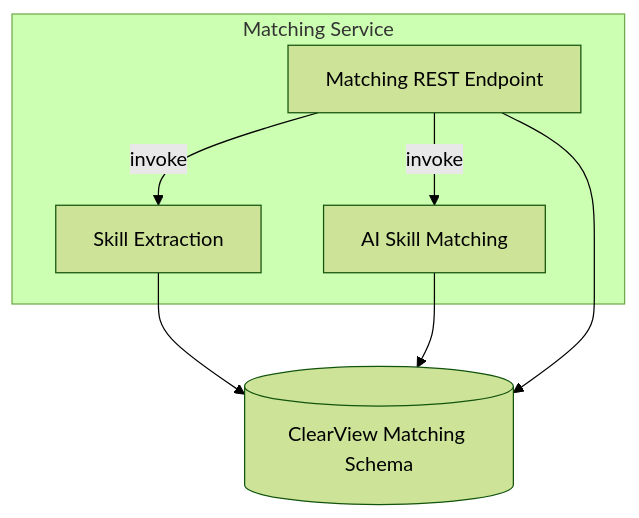
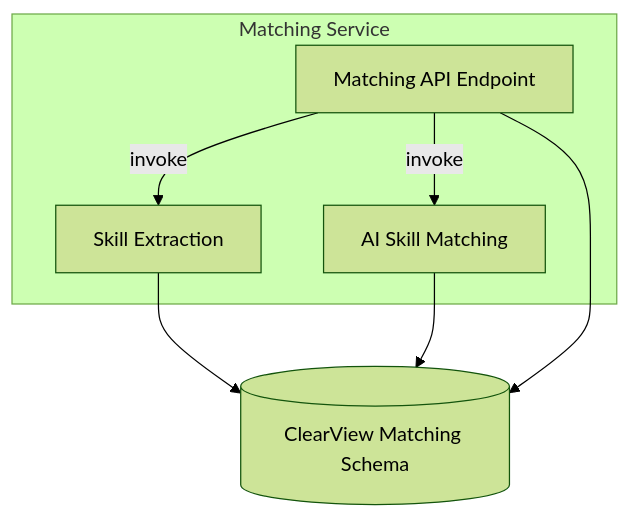
One commit to goranzoranovic2910/archkata2024 changed the sixth of 15 diagrams in README.md. Above: the diagram before and after it, drawn with Mermaid (forest theme). The commit also changed other lines of this file, not shown here.

Commit message:
Renaming REST Endpoint into API endpoint

````diff
--- a/README.md
+++ b/README.md
@@ -368,18 +392,18 @@
 ``` mermaid
 graph TD 
     A[Skill Extraction]
     B[AI Skill Matching]
-    C[Matching REST Endpoint]
+    C[Matching API Endpoint]
 
     C --> |invoke| A
     C --> |invoke| B
     A --> D[(ClearView Matching Schema)]
     B --> D
     C --> D
 
     subgraph Matching Service
         A
         B
         C
     end
 ```
````
